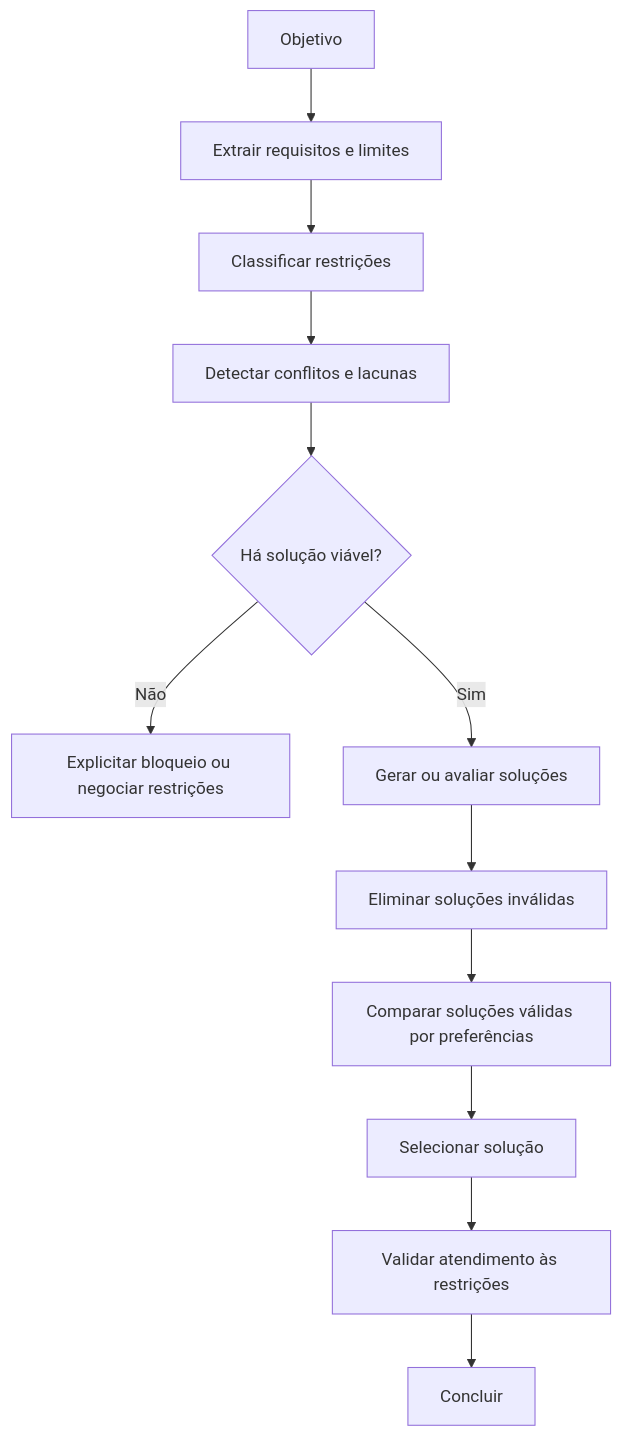
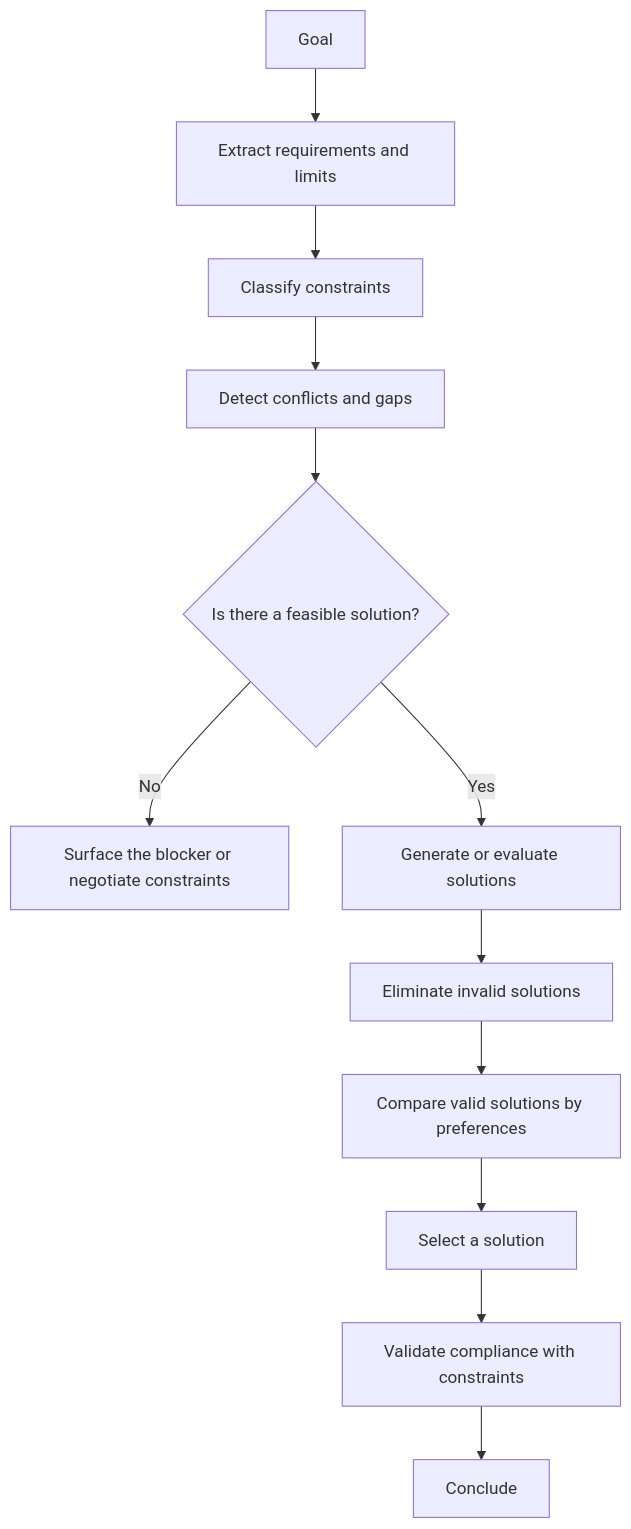
One commit to rpelizza/PelizzAI changed the first of 5 diagrams in dist/.claude/skills/pelizzai-reasoning/techniques/constraint-satisfaction.md. Above: the diagram before and after it, drawn with Mermaid. The commit also changed other lines of this file and 362 other files, not shown here.

````diff
--- a/dist/.claude/skills/pelizzai-reasoning/techniques/constraint-satisfaction.md
+++ b/dist/.claude/skills/pelizzai-reasoning/techniques/constraint-satisfaction.md
@@ -22,16 +22,16 @@
 ```mermaid
 flowchart TD
-    A[Objetivo] --> B[Extrair requisitos e limites]
-    B --> C[Classificar restrições]
-    C --> D[Detectar conflitos e lacunas]
-    D --> E{Há solução viável?}
+    A[Goal] --> B[Extract requirements and limits]
+    B --> C[Classify constraints]
+    C --> D[Detect conflicts and gaps]
+    D --> E{Is there a feasible solution?}
 
-    E -- Não --> F[Explicitar bloqueio ou negociar restrições]
-    E -- Sim --> G[Gerar ou avaliar soluções]
+    E -- No --> F[Surface the blocker or negotiate constraints]
+    E -- Yes --> G[Generate or evaluate solutions]
 
-    G --> H[Eliminar soluções inválidas]
-    H --> I[Comparar soluções válidas por preferências]
-    I --> J[Selecionar solução]
-    J --> K[Validar atendimento às restrições]
-    K --> L[Concluir]
+    G --> H[Eliminate invalid solutions]
+    H --> I[Compare valid solutions by preferences]
+    I --> J[Select a solution]
+    J --> K[Validate compliance with constraints]
+    K --> L[Conclude]
 ```
````
